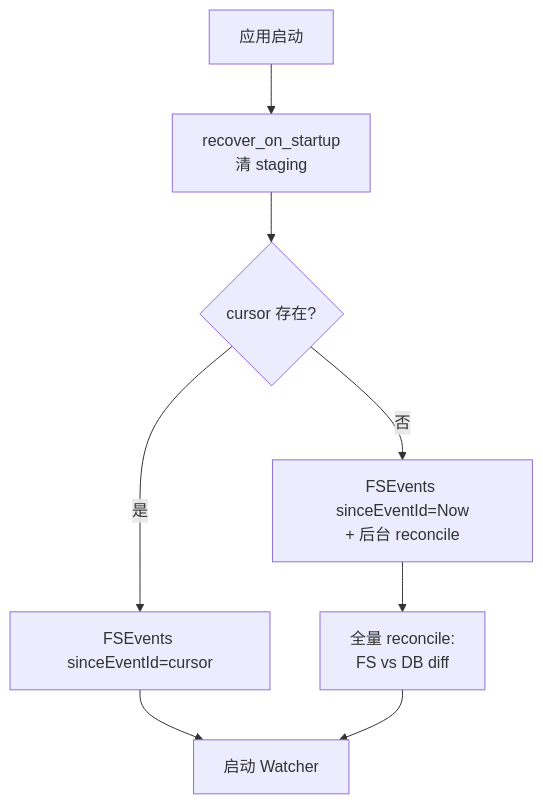
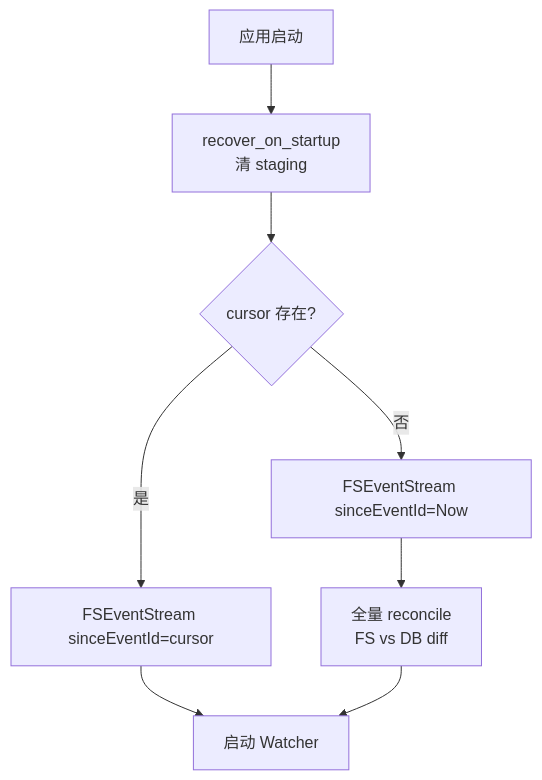
Before and after one commit to AreaSong/AreaMatrix: diagram 13 of 13 in docs/architecture/source-of-truth.md, drawn with Mermaid. The commit also changed other lines of this file and 18 other files, not shown here.

````diff
--- a/docs/architecture/source-of-truth.md
+++ b/docs/architecture/source-of-truth.md
@@ -193,18 +570,18 @@
 ```mermaid
 flowchart TB
     Start[应用启动]
     Recovery[recover_on_startup<br/>清 staging]
     Cursor{cursor 存在?}
-    SinceCursor[FSEvents sinceEventId=cursor]
-    SinceNow[FSEvents sinceEventId=Now<br/>+ 后台 reconcile]
-    Reconcile[全量 reconcile:<br/>FS vs DB diff]
+    SinceCursor[FSEventStream sinceEventId=cursor]
+    SinceNow[FSEventStream sinceEventId=Now]
+    Reconcile[全量 reconcile<br/>FS vs DB diff]
     Watch[启动 Watcher]
 
     Start --> Recovery
     Recovery --> Cursor
     Cursor -->|是| SinceCursor
     Cursor -->|否| SinceNow
     SinceNow --> Reconcile
     SinceCursor --> Watch
     Reconcile --> Watch
 ```
````
